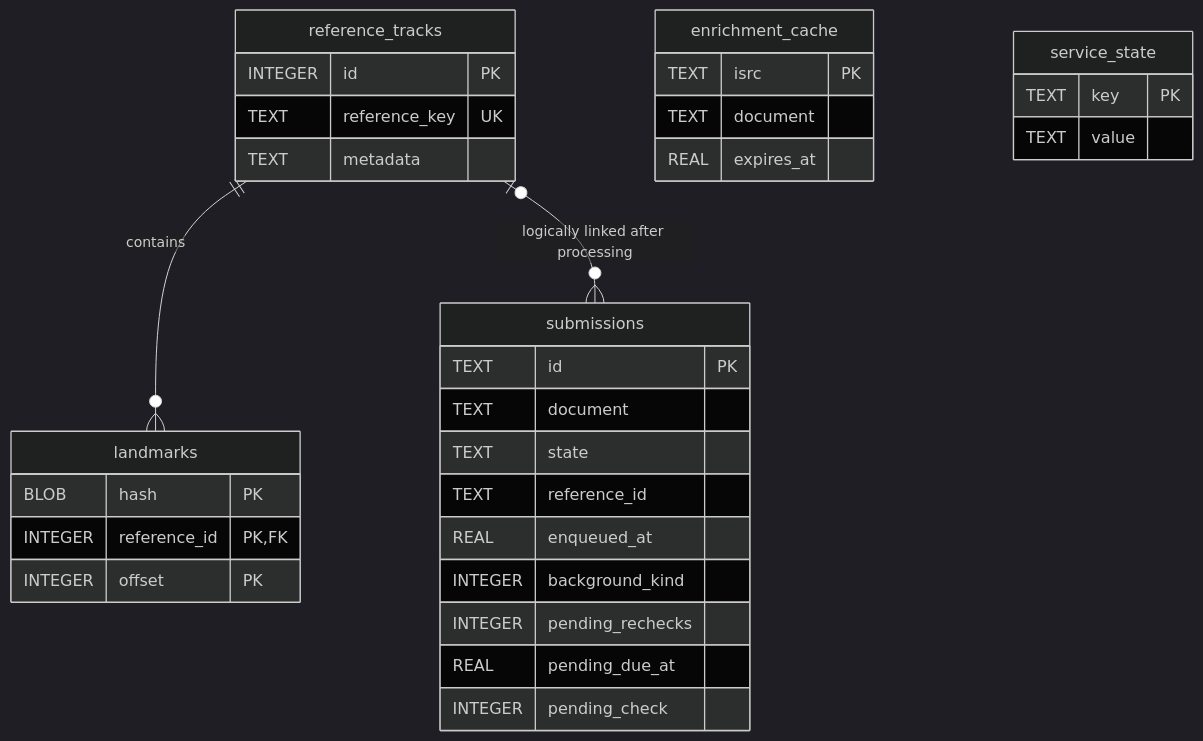
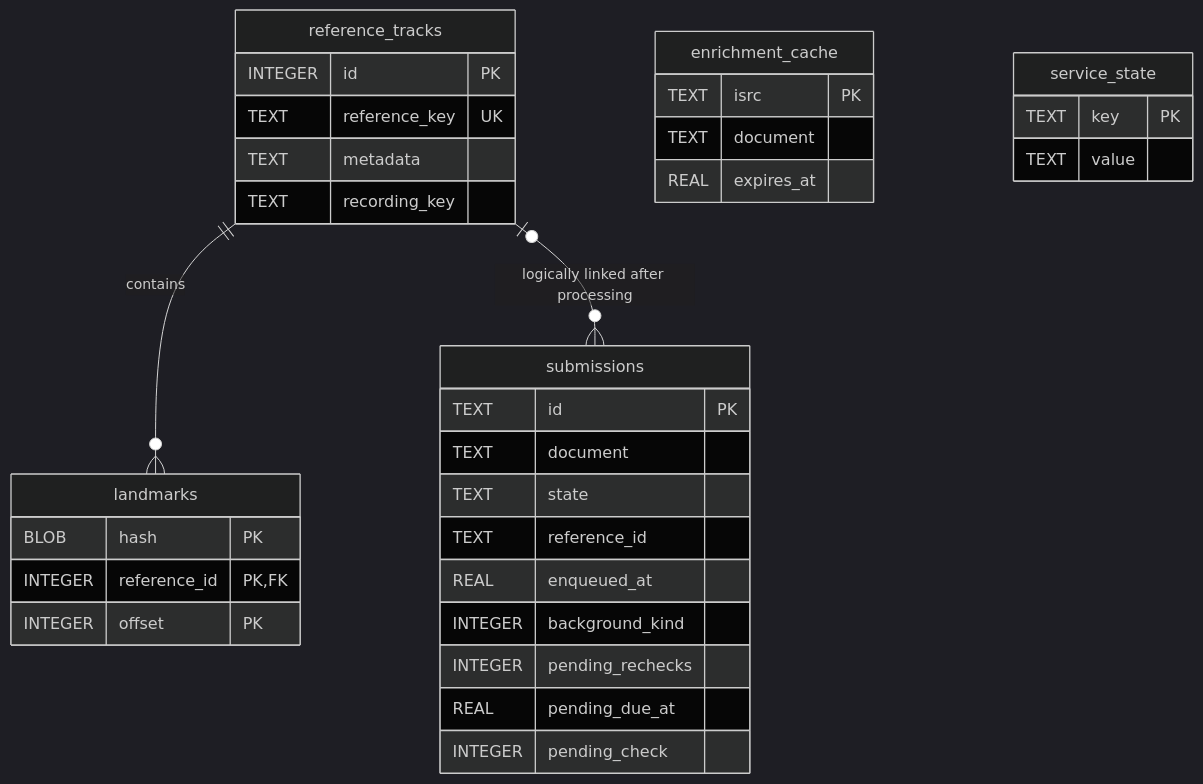
The fourth of 4 diagrams in docs/architecture.md (dmoo500/audio-fingerprint-server), drawn with Mermaid (dark theme) before and after one commit. The commit also changed other lines of this file and 18 other files, not shown here.

````diff
--- a/docs/architecture.md
+++ b/docs/architecture.md
@@ -92,35 +92,36 @@
 ```mermaid
 erDiagram
     reference_tracks ||--o{ landmarks : contains
     reference_tracks |o--o{ submissions : "logically linked after processing"
     submissions {
         TEXT id PK
         TEXT document
         TEXT state
         TEXT reference_id
         REAL enqueued_at
         INTEGER background_kind
         INTEGER pending_rechecks
         REAL pending_due_at
         INTEGER pending_check
     }
     reference_tracks {
         INTEGER id PK
         TEXT reference_key UK
         TEXT metadata
+        TEXT recording_key
     }
     landmarks {
         BLOB hash PK
         INTEGER reference_id PK, FK
         INTEGER offset PK
     }
     enrichment_cache {
         TEXT isrc PK
         TEXT document
         REAL expires_at
     }
     service_state {
         TEXT key PK
         TEXT value
     }
 ```
````
